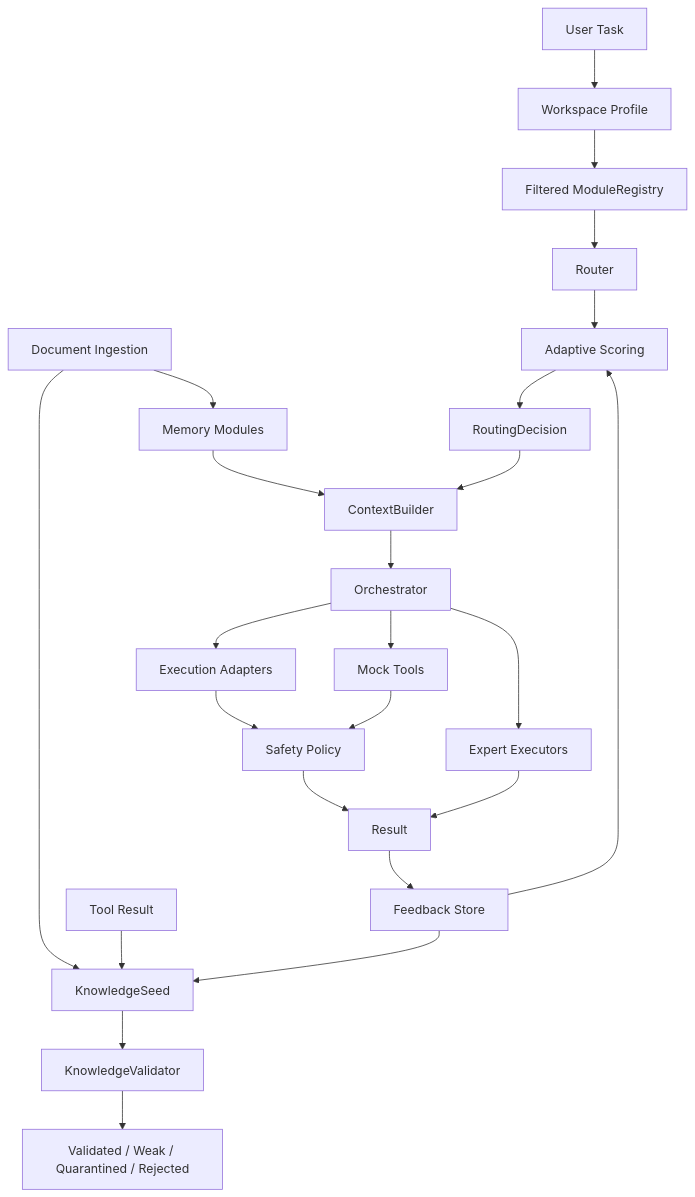
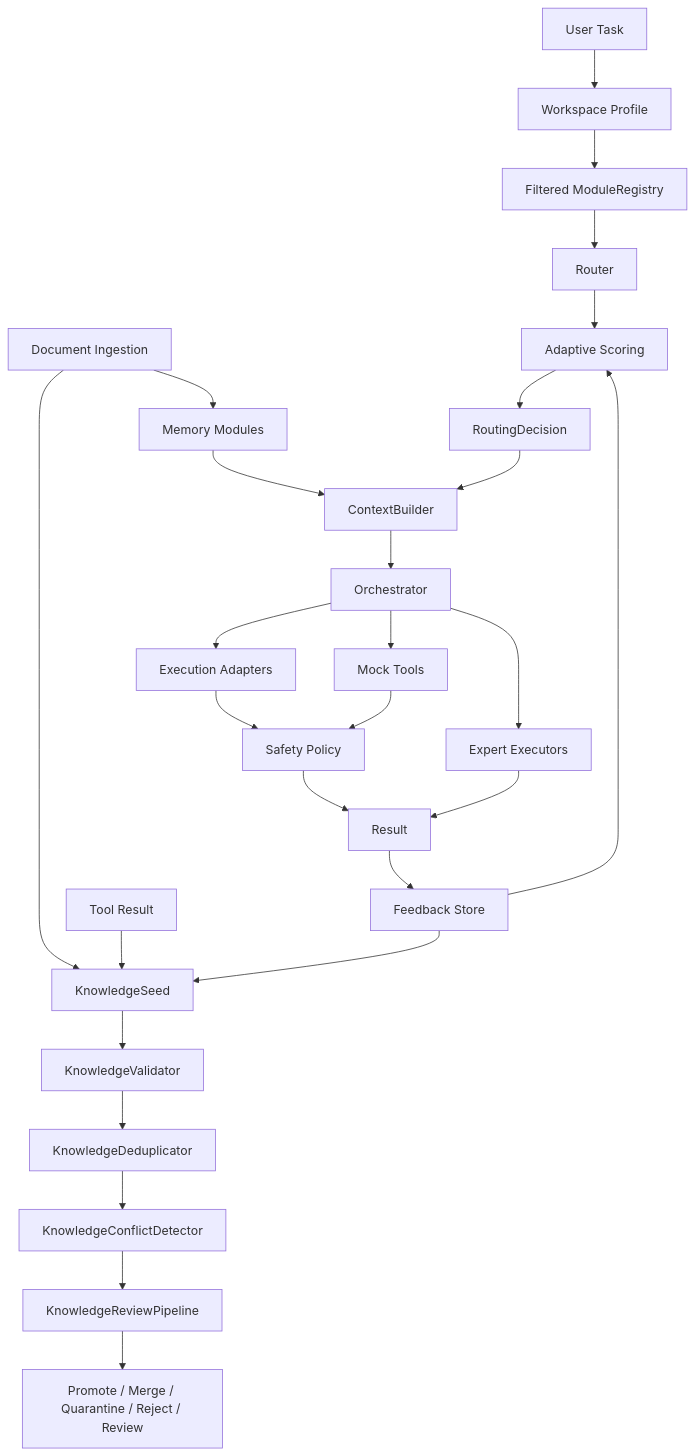
Before and after one commit to Robotyaga/Grona: the diagram in README.md, drawn with Mermaid. The commit also changed other lines of this file and 13 other files, not shown here.

First line of the commit message:
Add KnowledgeSeed deduplication and conflict review pipeline

````diff
--- a/README.md
+++ b/README.md
@@ -45,26 +47,29 @@
 ```mermaid
 flowchart TD
     A[User Task] --> B[Workspace Profile]
     B --> C[Filtered ModuleRegistry]
     C --> D[Router]
     F[Feedback Store] --> E[Adaptive Scoring]
     D --> E
     E --> G[RoutingDecision]
     H[Memory Modules] --> I[ContextBuilder]
     J[Document Ingestion] --> H
     J --> Q[KnowledgeSeed]
     R[Tool Result] --> Q
     F --> Q
     Q --> S[KnowledgeValidator]
-    S --> T[Validated / Weak / Quarantined / Rejected]
+    S --> U[KnowledgeDeduplicator]
+    U --> V[KnowledgeConflictDetector]
+    V --> W[KnowledgeReviewPipeline]
+    W --> T[Promote / Merge / Quarantine / Reject / Review]
     G --> I
     I --> K[Orchestrator]
     K --> L[Expert Executors]
     K --> M[Execution Adapters]
     K --> N[Mock Tools]
     M --> O[Safety Policy]
     N --> O
     O --> P[Result]
     L --> P
     P --> F
 ```
````
